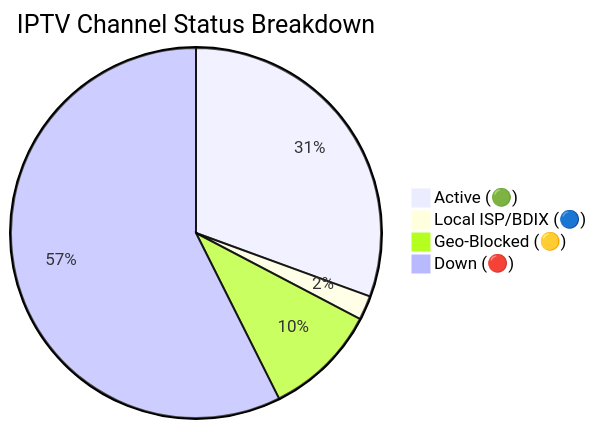
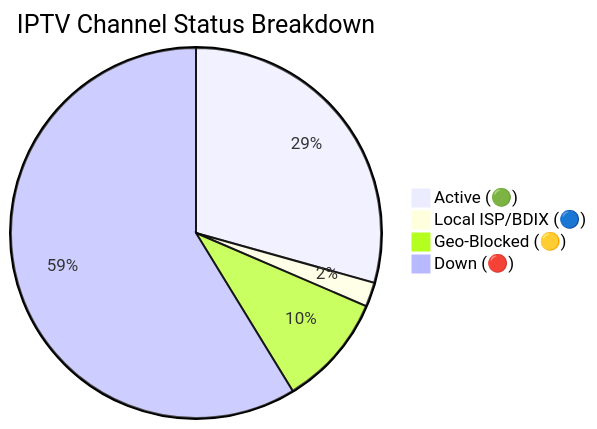
Before and after one commit to andreataylord/Ip-tv-Collection: the diagram in README.md, drawn with Mermaid. The commit also changed other lines of this file and 1 other file, not shown here.

Commit message:
docs(readme): auto-update daily channel status chart

````diff
--- a/README.md
+++ b/README.md
@@ -59,7 +59,7 @@
 ```mermaid
 pie title IPTV Channel Status Breakdown
-    "Active (🟢)" : 1842
+    "Active (🟢)" : 1768
     "Local ISP/BDIX (🔵)" : 128
-    "Geo-Blocked (🟡)" : 597
-    "Down (🔴)" : 3459
+    "Geo-Blocked (🟡)" : 590
+    "Down (🔴)" : 3540
 ```
````
